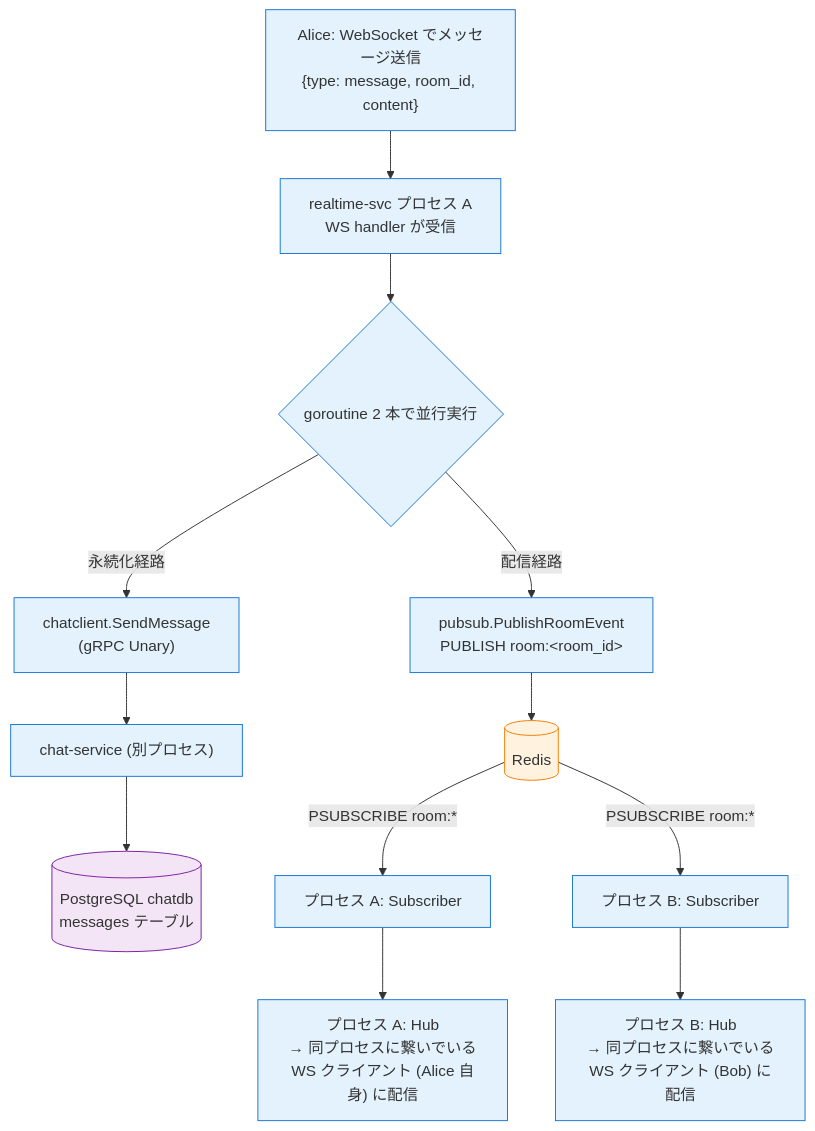
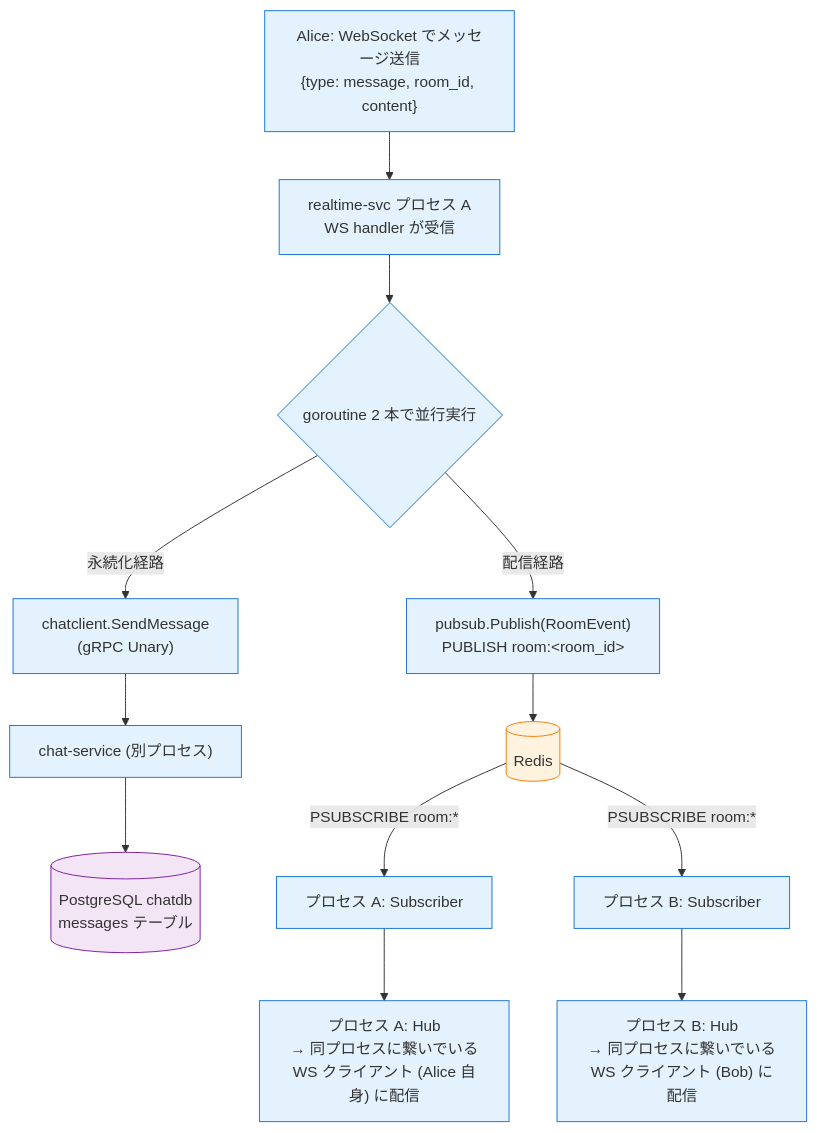
One commit to shunto-ishiguro/go-microservices-chat changed the diagram in docs/phase/phase-2.md. Above: the diagram before and after it, drawn with Mermaid. The commit also changed other lines of this file, not shown here.

````diff
--- a/docs/phase/phase-2.md
+++ b/docs/phase/phase-2.md
@@ -276,28 +385,28 @@
 ```mermaid
 flowchart TB
     Start["Alice: WebSocket でメッセージ送信<br/>{type: message, room_id, content}"]
     Start --> WS["realtime-svc プロセス A<br/>WS handler が受信"]
 
     WS --> Fork{"goroutine 2 本で並行実行"}
 
     Fork -->|永続化経路| P1["chatclient.SendMessage<br/>(gRPC Unary)"]
     P1 --> CS["chat-service (別プロセス)"]
     CS --> DB[("PostgreSQL chatdb<br/>messages テーブル")]
 
-    Fork -->|配信経路| P2["pubsub.PublishRoomEvent<br/>PUBLISH room:&lt;room_id&gt;"]
+    Fork -->|配信経路| P2["pubsub.Publish(RoomEvent)<br/>PUBLISH room:&lt;room_id&gt;"]
     P2 --> R[("Redis")]
 
     R -->|PSUBSCRIBE room:*| SA["プロセス A: Subscriber"]
     R -->|PSUBSCRIBE room:*| SB["プロセス B: Subscriber"]
 
     SA --> HA["プロセス A: Hub<br/>→ 同プロセスに繋いでいる<br/>WS クライアント (Alice 自身) に配信"]
     SB --> HB["プロセス B: Hub<br/>→ 同プロセスに繋いでいる<br/>WS クライアント (Bob) に配信"]
 
     classDef app fill:#e3f2fd,stroke:#1976d2
     classDef bus fill:#fff3e0,stroke:#f57c00
     classDef store fill:#f3e5f5,stroke:#7b1fa2
 
     class Start,WS,Fork,P1,P2,SA,SB,HA,HB,CS app
     class R bus
     class DB store
 ```
````
